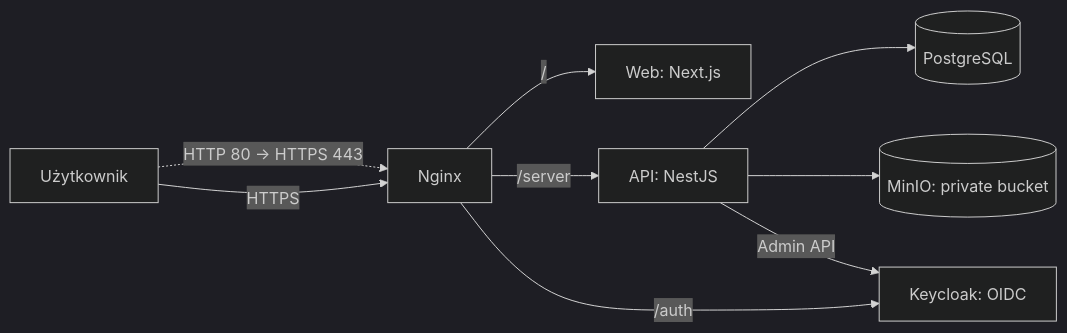
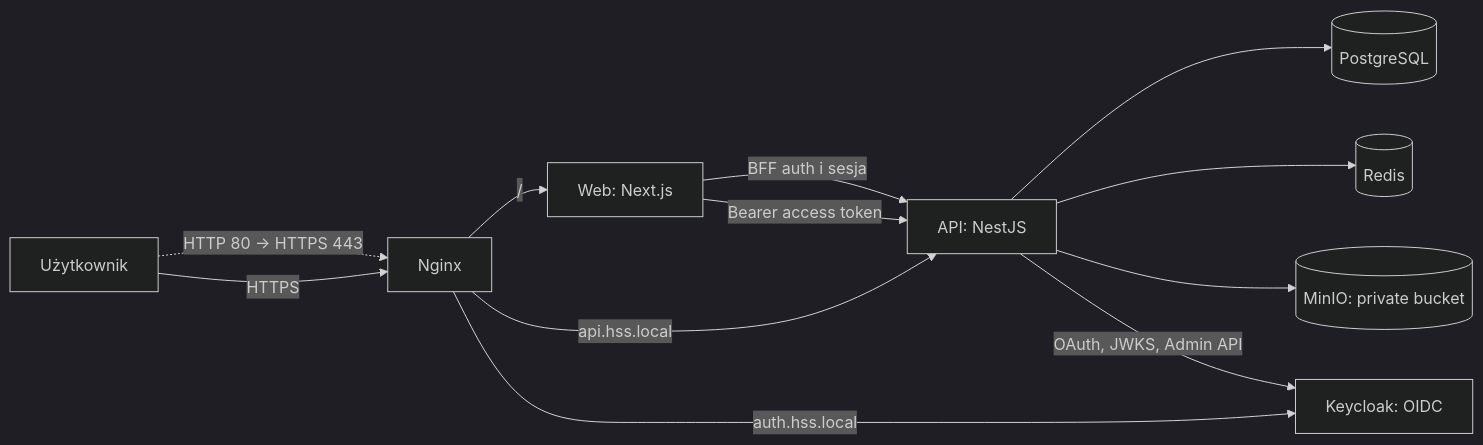
The first of 4 diagrams in docs/0201-architecture-mvp.pl.md (Nikovsky/Harcerski-System-Stopni), drawn with Mermaid (dark theme) before and after one commit. The commit also changed other lines of this file and 4 other files, not shown here.

Commit message:
DOCS: Update architecture and non-functional requirements for Better Auth integration

````diff
--- a/docs/0201-architecture-mvp.pl.md
+++ b/docs/0201-architecture-mvp.pl.md
@@ -17,11 +18,14 @@
 ```mermaid
 flowchart LR
   U[Użytkownik] -.->|"HTTP 80 -> HTTPS 443"| N[Nginx]
   U --> |HTTPS| N
   N -->|/| W[Web: Next.js]
-  N -->|/server| A[API: NestJS]
-  N -->|/auth| K[Keycloak: OIDC]
+  N -->|api.hss.local| A[API: NestJS]
+  N -->|auth.hss.local| K[Keycloak: OIDC]
+  W -->|BFF auth i sesja| A
+  W -->|Bearer access token| A
   A --> DB[(PostgreSQL)]
+  A --> R[(Redis)]
   A --> S[(MinIO: private bucket)]
-  A -->|Admin API| K
+  A -->|OAuth, JWKS, Admin API| K
 ```
````
